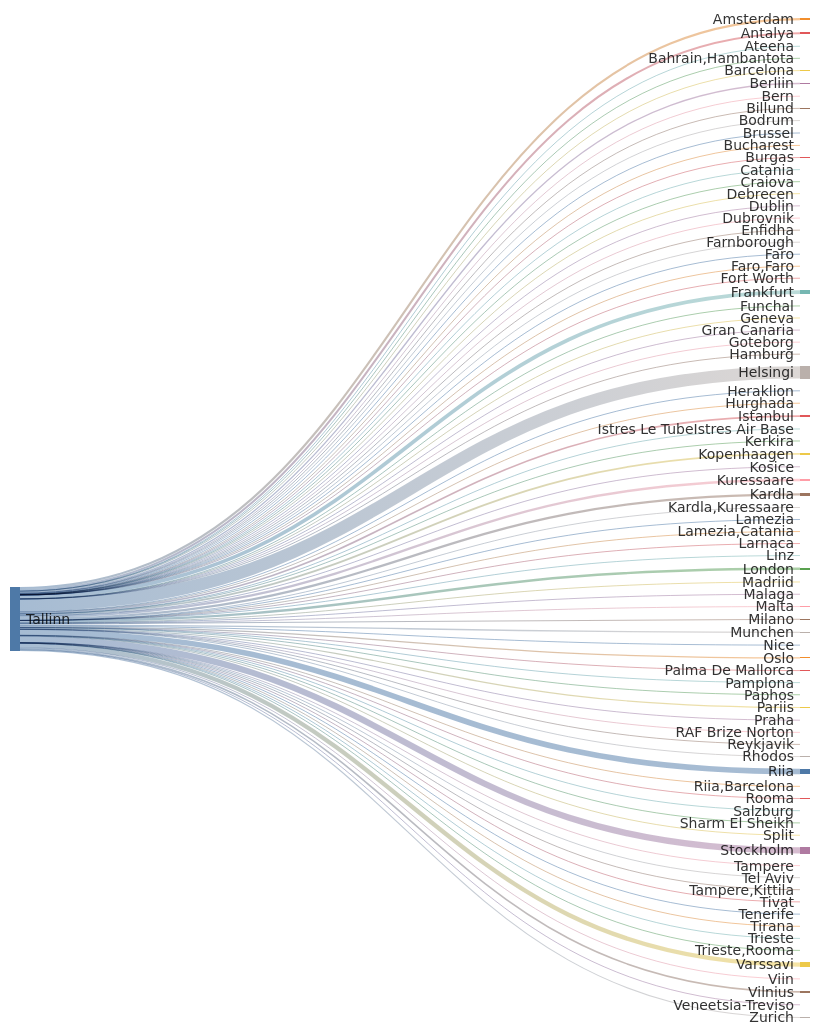
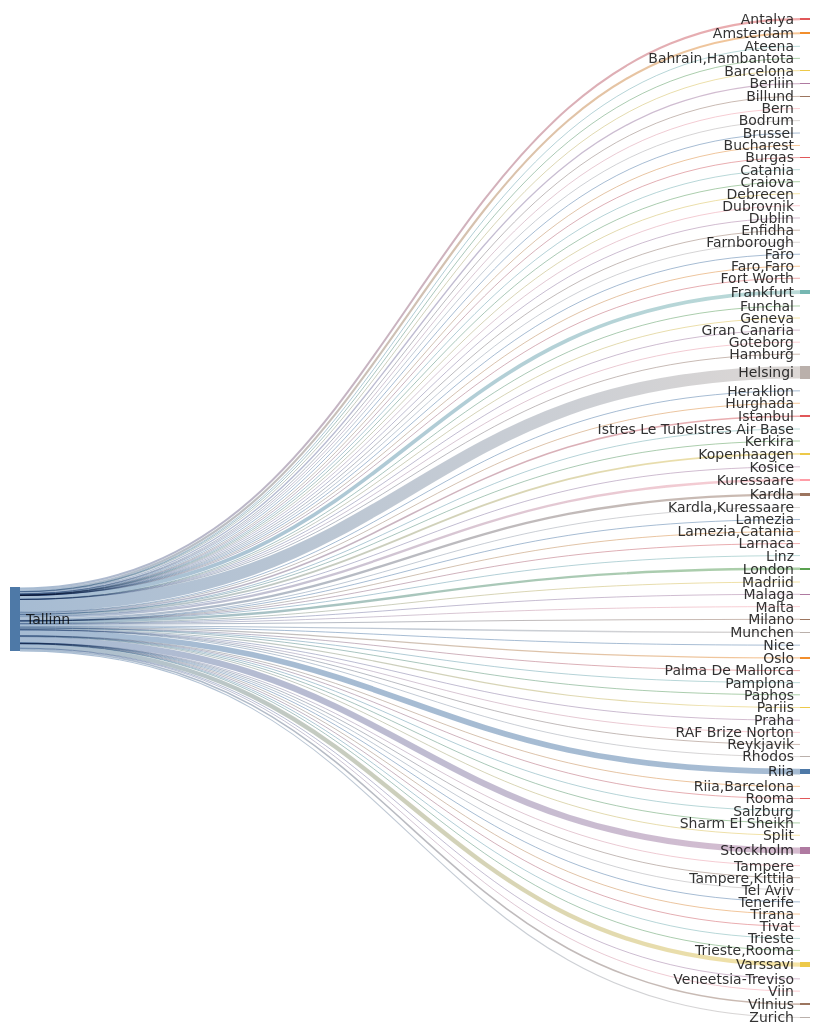
The second of 2 diagrams in README.md (rainermesi/tll-airport-departures), drawn with Mermaid before and after one commit. The commit also changed other lines of this file and 1 other file, not shown here.

````diff
--- a/README.md
+++ b/README.md
@@ -41,8 +41,8 @@
 ---
 sankey-beta
 %% source,target,value
-Tallinn,Amsterdam,587
-Tallinn,Antalya,567
+Tallinn,Amsterdam,589
+Tallinn,Antalya,570
 Tallinn,Ateena,16
 Tallinn,"Bahrain,Hambantota",1
 Tallinn,Barcelona,165
@@ -50,48 +50,48 @@
 Tallinn,Bern,1
 Tallinn,Billund,87
 Tallinn,Bodrum,15
-Tallinn,Brussel,225
+Tallinn,Brussel,226
 Tallinn,Bucharest,1
 Tallinn,Burgas,67
 Tallinn,Catania,2
 Tallinn,Craiova,1
 Tallinn,Debrecen,1
-Tallinn,Dublin,109
+Tallinn,Dublin,110
 Tallinn,Dubrovnik,21
 Tallinn,Enfidha,18
 Tallinn,Farnborough,1
 Tallinn,Faro,4
 Tallinn,"Faro,Faro",1
 Tallinn,Fort Worth,1
-Tallinn,Frankfurt,1023
+Tallinn,Frankfurt,1026
 Tallinn,Funchal,9
 Tallinn,Geneva,13
 Tallinn,Gran Canaria,38
 Tallinn,Goteborg,2
 Tallinn,Hamburg,2
-Tallinn,Helsingi,3430
-Tallinn,Heraklion,138
+Tallinn,Helsingi,3440
+Tallinn,Heraklion,139
 Tallinn,Hurghada,77
-Tallinn,Istanbul,445
+Tallinn,Istanbul,446
 Tallinn,Istres Le TubeIstres Air Base,2
 Tallinn,Kerkira,4
-Tallinn,Kopenhaagen,500
+Tallinn,Kopenhaagen,503
 Tallinn,Kosice,1
-Tallinn,Kuressaare,650
-Tallinn,Kardla,652
+Tallinn,Kuressaare,652
+Tallinn,Kardla,654
 Tallinn,"Kardla,Kuressaare",1
-Tallinn,Lamezia,5
+Tallinn,Lamezia,6
 Tallinn,"Lamezia,Catania",3
 Tallinn,Larnaca,8
 Tallinn,Linz,2
-Tallinn,London,662
+Tallinn,London,665
 Tallinn,Madriid,5
-Tallinn,Malaga,141
+Tallinn,Malaga,142
 Tallinn,Malta,36
 Tallinn,Milano,287
-Tallinn,Munchen,369
+Tallinn,Munchen,370
 Tallinn,Nice,67
-Tallinn,Oslo,344
+Tallinn,Oslo,345
 Tallinn,Palma De Mallorca,40
 Tallinn,Pamplona,1
 Tallinn,Paphos,66
@@ -100,13 +100,13 @@
 Tallinn,RAF Brize Norton,1
 Tallinn,Reykjavik,20
 Tallinn,Rhodos,74
-Tallinn,Riia,1560
+Tallinn,Riia,1565
 Tallinn,"Riia,Barcelona",1
 Tallinn,Rooma,80
 Tallinn,Salzburg,14
-Tallinn,Sharm El Sheikh,120
+Tallinn,Sharm El Sheikh,121
 Tallinn,Split,67
-Tallinn,Stockholm,1720
+Tallinn,Stockholm,1725
 Tallinn,Tampere,17
 Tallinn,"Tampere,Kittila",21
 Tallinn,Tel Aviv,2
@@ -115,11 +115,11 @@
 Tallinn,Tivat,80
 Tallinn,Trieste,1
 Tallinn,"Trieste,Rooma",1
-Tallinn,Varssavi,1190
+Tallinn,Varssavi,1193
 Tallinn,Veneetsia-Treviso,67
 Tallinn,Viin,106
-Tallinn,Vilnius,436
-Tallinn,Zurich,308
+Tallinn,Vilnius,438
+Tallinn,Zurich,309
 
 
 ```
````
